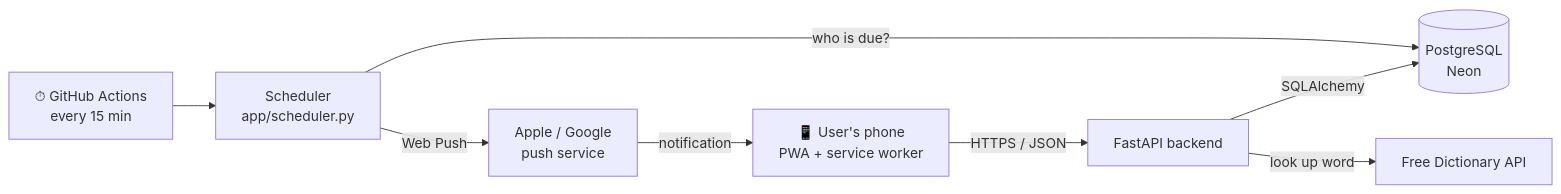
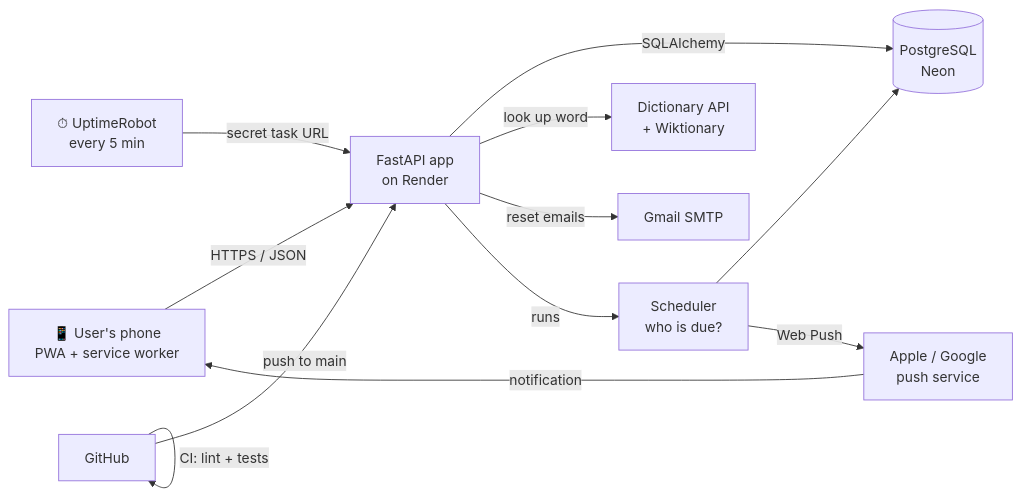
One commit to Ramvam63/wordpop changed the first of 2 diagrams in README.md. Above: the diagram before and after it, drawn with Mermaid. The commit also changed other lines of this file and 12 other files, not shown here.

````diff
--- a/README.md
+++ b/README.md
@@ -54,10 +93,14 @@
 ```mermaid
 flowchart LR
-    U[📱 User's phone<br/>PWA + service worker] -- HTTPS / JSON --> API[FastAPI backend]
-    API -- SQLAlchemy --> DB[(PostgreSQL<br/>Neon)]
-    API -- look up word --> DICT[Free Dictionary API]
-    CRON[⏱ GitHub Actions<br/>every 15 min] --> SCH[Scheduler<br/>app/scheduler.py]
-    SCH -- who is due? --> DB
-    SCH -- Web Push --> PUSH[Apple / Google<br/>push service]
+    U["📱 User's phone<br/>PWA + service worker"] -- HTTPS / JSON --> API["FastAPI app<br/>on Render"]
+    API -- SQLAlchemy --> DB[("PostgreSQL<br/>Neon")]
+    API -- look up word --> DICT["Dictionary API<br/>+ Wiktionary"]
+    API -- reset emails --> MAIL["Gmail SMTP"]
+    UR["⏱ UptimeRobot<br/>every 5 min"] -- secret task URL --> API
+    API -- runs --> SCH["Scheduler<br/>who is due?"]
+    SCH --> DB
+    SCH -- Web Push --> PUSH["Apple / Google<br/>push service"]
     PUSH -- notification --> U
+    GH["GitHub"] -- push to main --> API
+    GH -- CI: lint + tests --> GH
 ```
````
